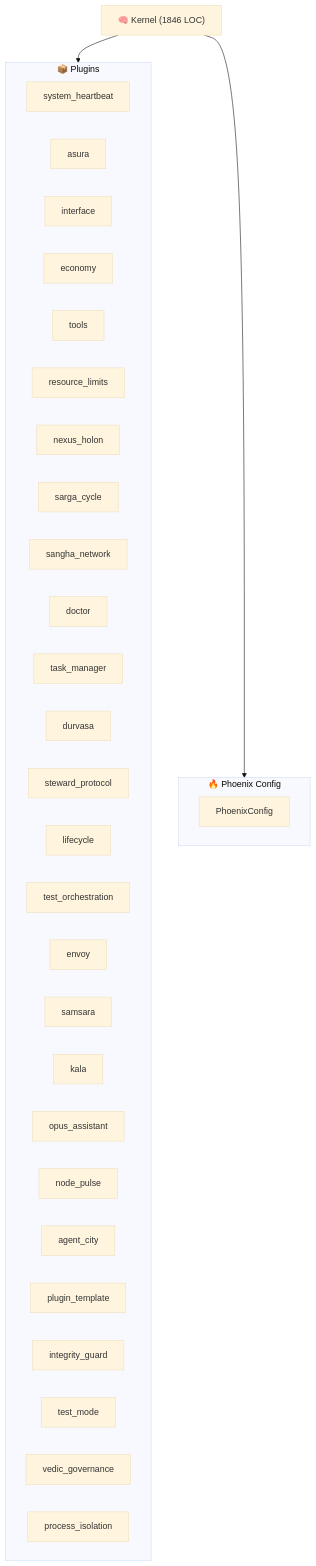
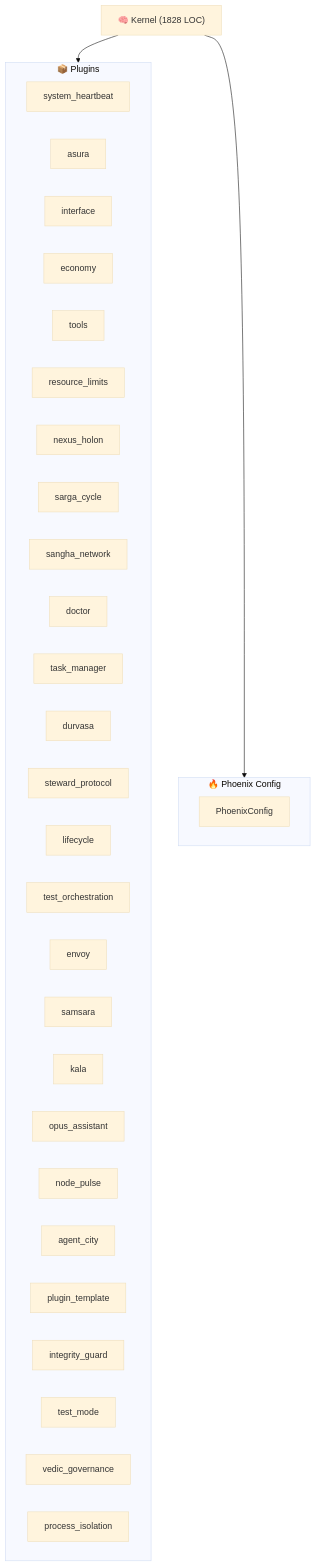
One commit to kimeisele/steward-protocol changed the diagram in ARCHITECTURE.md. Above: the diagram before and after it, drawn with Mermaid (base theme). The commit also changed other lines of this file and 16 other files, not shown here.

````diff
--- a/ARCHITECTURE.md
+++ b/ARCHITECTURE.md
@@ -8,37 +8,37 @@
 ```mermaid
 graph TB
-    K["🧠 Kernel (1846 LOC)"]
+    K["🧠 Kernel (1828 LOC)"]
     subgraph Plugins["📦 Plugins"]
         P_system_heartbeat["system_heartbeat"]
         P_asura["asura"]
         P_interface["interface"]
         P_economy["economy"]
         P_tools["tools"]
         P_resource_limits["resource_limits"]
         P_nexus_holon["nexus_holon"]
         P_sarga_cycle["sarga_cycle"]
         P_sangha_network["sangha_network"]
         P_doctor["doctor"]
         P_task_manager["task_manager"]
         P_durvasa["durvasa"]
         P_steward_protocol["steward_protocol"]
         P_lifecycle["lifecycle"]
         P_test_orchestration["test_orchestration"]
         P_envoy["envoy"]
         P_samsara["samsara"]
         P_kala["kala"]
         P_opus_assistant["opus_assistant"]
         P_node_pulse["node_pulse"]
         P_agent_city["agent_city"]
         P_plugin_template["plugin_template"]
         P_integrity_guard["integrity_guard"]
         P_test_mode["test_mode"]
         P_vedic_governance["vedic_governance"]
         P_process_isolation["process_isolation"]
     end
     K --> Plugins
     subgraph Config["🔥 Phoenix Config"]
         PC[PhoenixConfig]
     end
     K --> Config
 ```
````
